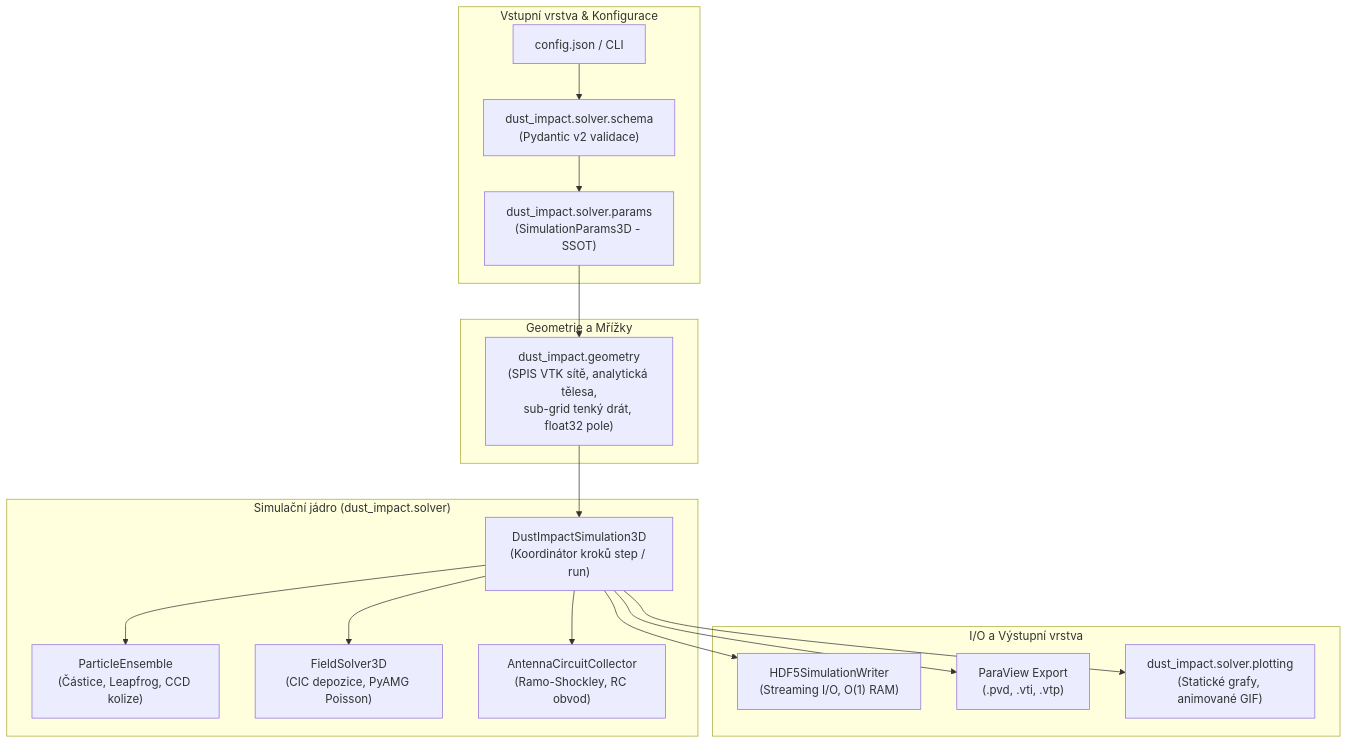
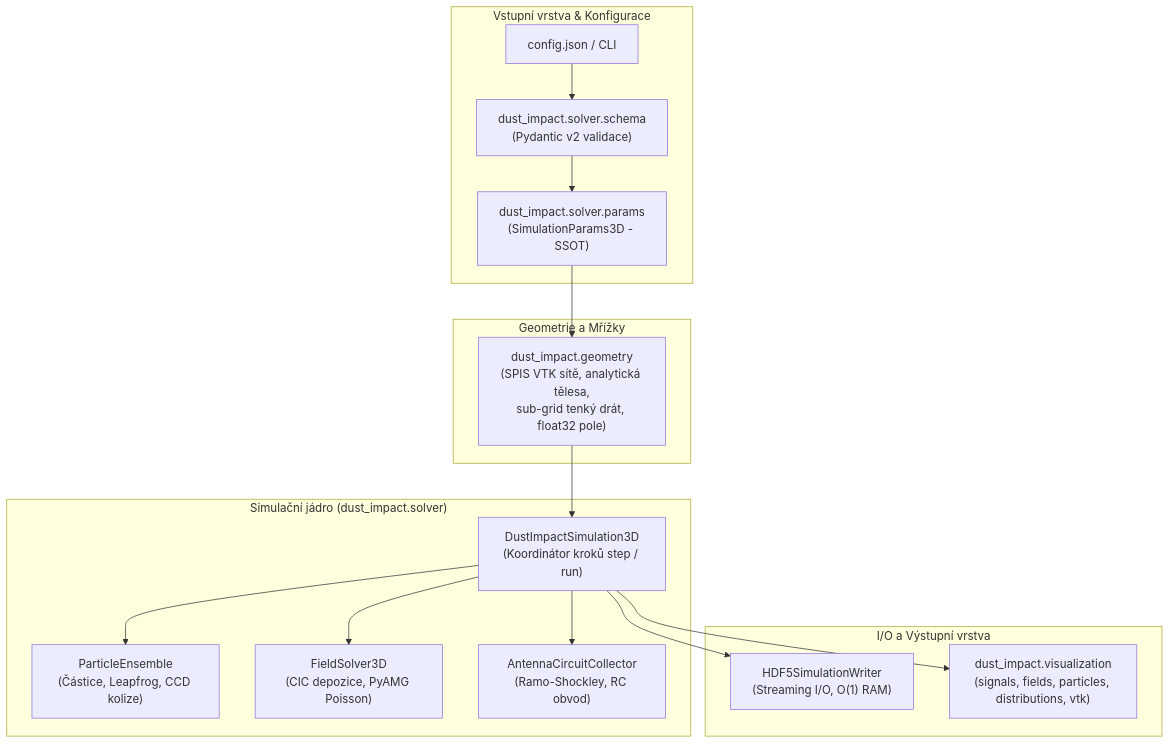
Before and after one commit to houfek588/DustImpact: the first of 2 diagrams in docs/architecture.md, drawn with Mermaid. The commit also changed other lines of this file and 14 other files, not shown here.

````diff
--- a/docs/architecture.md
+++ b/docs/architecture.md
@@ -17,24 +17,23 @@
 ```mermaid
 graph TD
     subgraph "Vstupní vrstva & Konfigurace"
         CFG["config.json / CLI"] --> SCHEMA["dust_impact.solver.schema<br/>(Pydantic v2 validace)"]
         SCHEMA --> PARAMS["dust_impact.solver.params<br/>(SimulationParams3D - SSOT)"]
     end
 
     subgraph "Geometrie a Mřížky"
         PARAMS --> GEOM["dust_impact.geometry<br/>(SPIS VTK sítě, analytická tělesa,<br/>sub-grid tenký drát, float32 pole)"]
     end
 
     subgraph "Simulační jádro (dust_impact.solver)"
         GEOM --> SIM["DustImpactSimulation3D<br/>(Koordinátor kroků step / run)"]
         SIM --> ENS["ParticleEnsemble<br/>(Částice, Leapfrog, CCD kolize)"]
         SIM --> FS["FieldSolver3D<br/>(CIC depozice, PyAMG Poisson)"]
         SIM --> COL["AntennaCircuitCollector<br/>(Ramo-Shockley, RC obvod)"]
     end
 
     subgraph "I/O a Výstupní vrstva"
         SIM --> H5["HDF5SimulationWriter<br/>(Streaming I/O, O(1) RAM)"]
-        SIM --> VTK["ParaView Export<br/>(.pvd, .vti, .vtp)"]
-        SIM --> PLOT["dust_impact.solver.plotting<br/>(Statické grafy, animované GIF)"]
+        SIM --> VIS["dust_impact.visualization<br/>(signals, fields, particles, distributions, vtk)"]
     end
 ```
````
